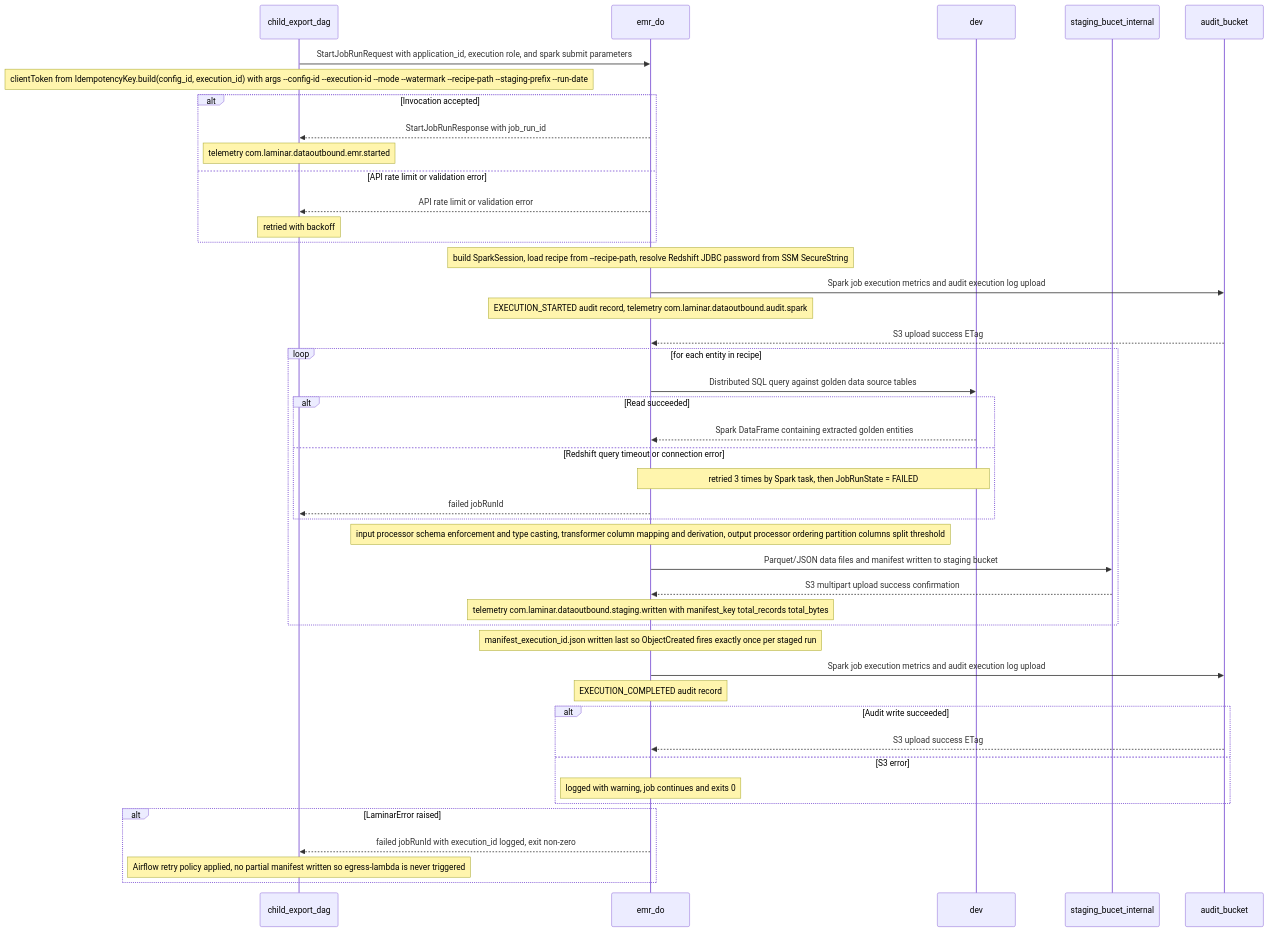
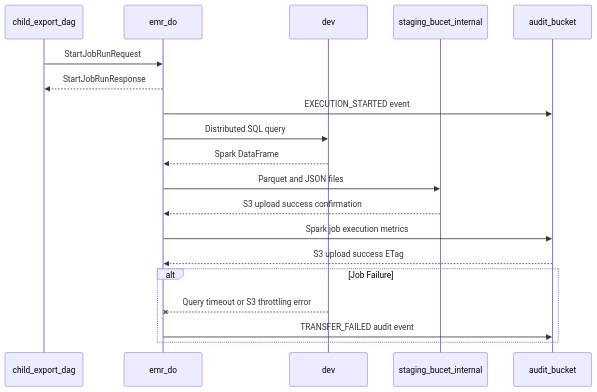
One commit to laminarzk/rudra-repo changed the fifth of 13 diagrams in docs/design/dataoutbound_product_section_tree_high_level_design.md. Above: the diagram before and after it, drawn with Mermaid. The commit also changed other lines of this file and 10 other files, not shown here.

Commit message:
Rudra: generate architecture documents

````diff
--- a/docs/design/dataoutbound_product_section_tree_high_level_design.md
+++ b/docs/design/dataoutbound_product_section_tree_high_level_design.md
@@ -2846,51 +2899,21 @@
 ```mermaid
 sequenceDiagram
-  participant child_export_dag
-  participant emr_do
-  participant dev
-  participant staging_bucet_internal
-  participant audit_bucket
-
-  child_export_dag->>emr_do: StartJobRunRequest with application_id, execution role, and spark submit parameters
-  Note over child_export_dag: clientToken from IdempotencyKey.build(config_id, execution_id) with args --config-id --execution-id --mode --watermark --recipe-path --staging-prefix --run-date
-  alt Invocation accepted
-    emr_do-->>child_export_dag: StartJobRunResponse with job_run_id
-    Note over child_export_dag: telemetry com.laminar.dataoutbound.emr.started
-  else API rate limit or validation error
-    emr_do-->>child_export_dag: API rate limit or validation error
-    Note over child_export_dag: retried with backoff
-  end
-
-  Note over emr_do: build SparkSession, load recipe from --recipe-path, resolve Redshift JDBC password from SSM SecureString
-  emr_do->>audit_bucket: Spark job execution metrics and audit execution log upload
-  Note over emr_do: EXECUTION_STARTED audit record, telemetry com.laminar.dataoutbound.audit.spark
-  audit_bucket-->>emr_do: S3 upload success ETag
-
-  loop for each entity in recipe
-    emr_do->>dev: Distributed SQL query against golden data source tables
-    alt Read succeeded
-      dev-->>emr_do: Spark DataFrame containing extracted golden entities
-    else Redshift query timeout or connection error
-      Note over dev,emr_do: retried 3 times by Spark task, then JobRunState = FAILED
-      emr_do-->>child_export_dag: failed jobRunId
-    end
-    Note over emr_do: input processor schema enforcement and type casting, transformer column mapping and derivation, output processor ordering partition columns split threshold
-    emr_do->>staging_bucet_internal: Parquet/JSON data files and manifest written to staging bucket
-    staging_bucet_internal-->>emr_do: S3 multipart upload success confirmation
-    Note over emr_do: telemetry com.laminar.dataoutbound.staging.written with manifest_key total_records total_bytes
-  end
-
-  Note over emr_do: manifest_execution_id.json written last so ObjectCreated fires exactly once per staged run
-  emr_do->>audit_bucket: Spark job execution metrics and audit execution log upload
-  Note over emr_do: EXECUTION_COMPLETED audit record
-  alt Audit write succeeded
-    audit_bucket-->>emr_do: S3 upload success ETag
-  else S3 error
-    Note over emr_do: logged with warning, job continues and exits 0
-  end
-
-  alt LaminarError raised
-    emr_do-->>child_export_dag: failed jobRunId with execution_id logged, exit non-zero
-    Note over child_export_dag: Airflow retry policy applied, no partial manifest written so egress-lambda is never triggered
-  end
+participant child_export_dag
+participant emr_do
+participant dev
+participant staging_bucet_internal
+participant audit_bucket
+child_export_dag->>emr_do: StartJobRunRequest
+emr_do-->>child_export_dag: StartJobRunResponse
+emr_do->>audit_bucket: EXECUTION_STARTED event
+emr_do->>dev: Distributed SQL query
+dev-->>emr_do: Spark DataFrame
+emr_do->>staging_bucet_internal: Parquet and JSON files
+staging_bucet_internal-->>emr_do: S3 upload success confirmation
+emr_do->>audit_bucket: Spark job execution metrics
+audit_bucket-->>emr_do: S3 upload success ETag
+alt Job Failure
+dev--xemr_do: Query timeout or S3 throttling error
+emr_do->>audit_bucket: TRANSFER_FAILED audit event
+end
 ```
````
